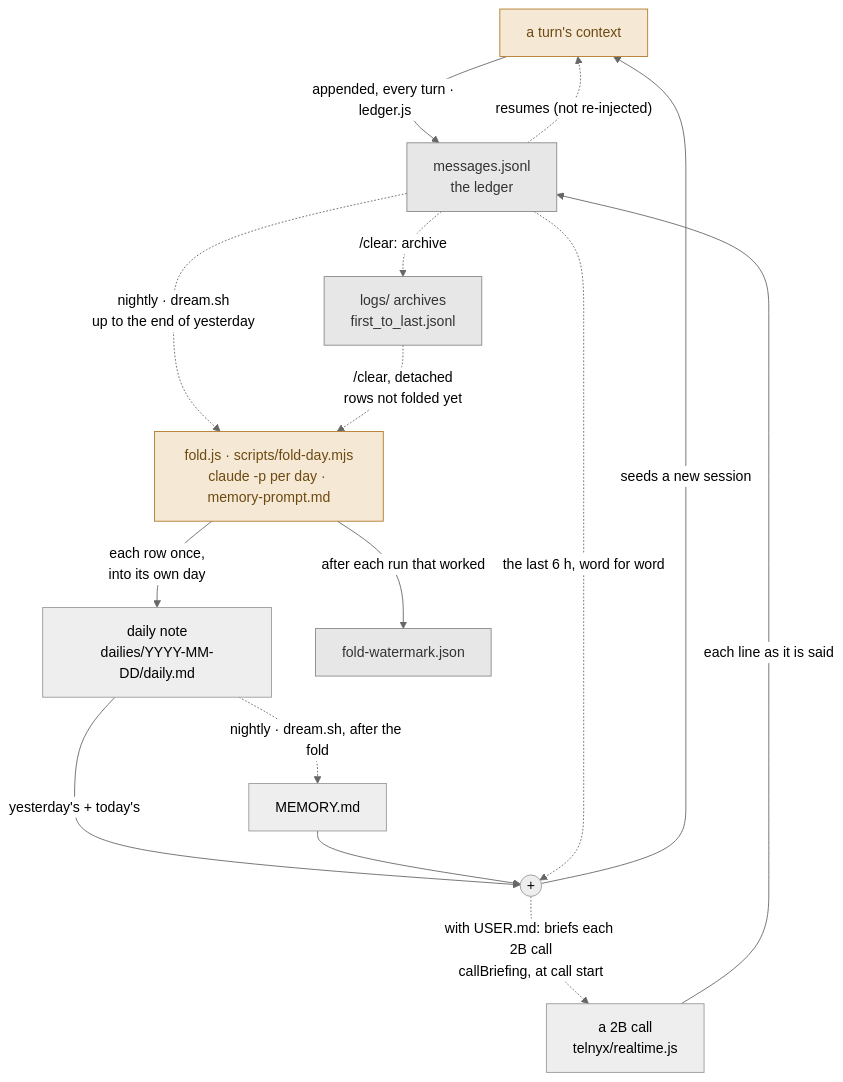
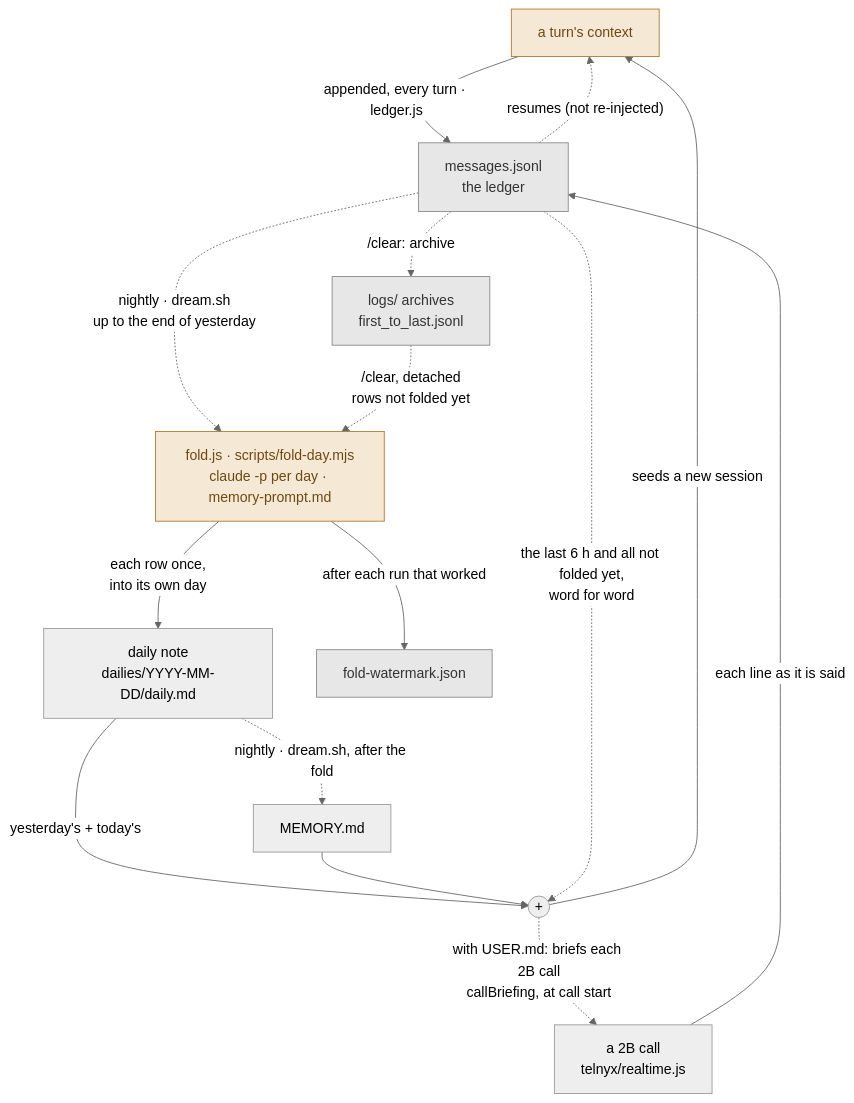
The seventh of 7 diagrams in SYSTEM-MAP.md (KubaJerz/alfred-node), drawn with Mermaid (neutral theme) before and after one commit. The commit also changed other lines of this file and 13 other files, not shown here.

````diff
--- a/SYSTEM-MAP.md
+++ b/SYSTEM-MAP.md
@@ -724,21 +728,21 @@
 ```mermaid
 flowchart TD
     CTX["a turn's context"] -->|"appended, every turn · ledger.js"| LIVE["messages.jsonl<br/>the ledger"]
     CALLV["a 2B call<br/>telnyx/realtime.js"] -->|"each line as it is said"| LIVE
     LIVE -.->|"resumes (not re-injected)"| CTX
     LIVE -.->|"/clear: archive"| ARCH["logs/ archives<br/>first_to_last.jsonl"]
     LIVE -.->|"nightly · dream.sh<br/>up to the end of yesterday"| FOLD["fold.js · scripts/fold-day.mjs<br/>claude -p per day · memory-prompt.md"]
     ARCH -.->|"/clear, detached<br/>rows not folded yet"| FOLD
     FOLD -->|"each row once,<br/>into its own day"| DAILY["daily note<br/>dailies/YYYY-MM-DD/daily.md"]
     FOLD -->|"after each run that worked"| WM["fold-watermark.json"]
     DAILY -.->|"nightly · dream.sh, after the fold"| MEM["MEMORY.md"]
     DAILY -->|"yesterday's + today's"| PLUS(("+"))
     MEM --> PLUS
-    LIVE -.->|"the last 6 h, word for word"| PLUS
+    LIVE -.->|"the last 6 h and all not folded yet,<br/>word for word"| PLUS
     PLUS -->|"seeds a new session"| CTX
     PLUS -.->|"with USER.md: briefs each 2B call<br/>callBriefing, at call start"| CALLV
     classDef agent fill:#f5e8d5,stroke:#b07a2a,color:#6e4a12
     classDef store fill:#e7e7e7,stroke:#888,color:#333
     class CTX,FOLD agent
     class LIVE,ARCH,WM store
 ```
````
